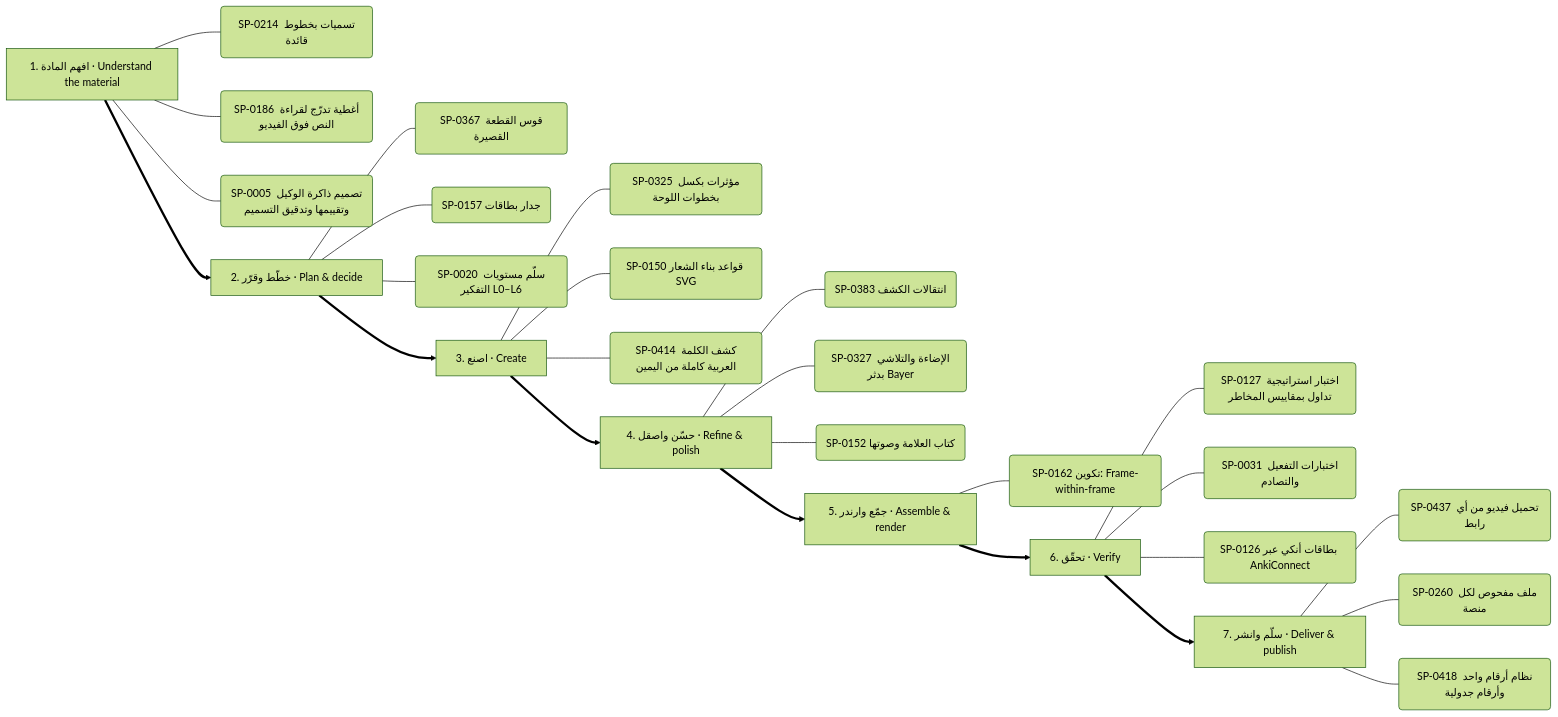
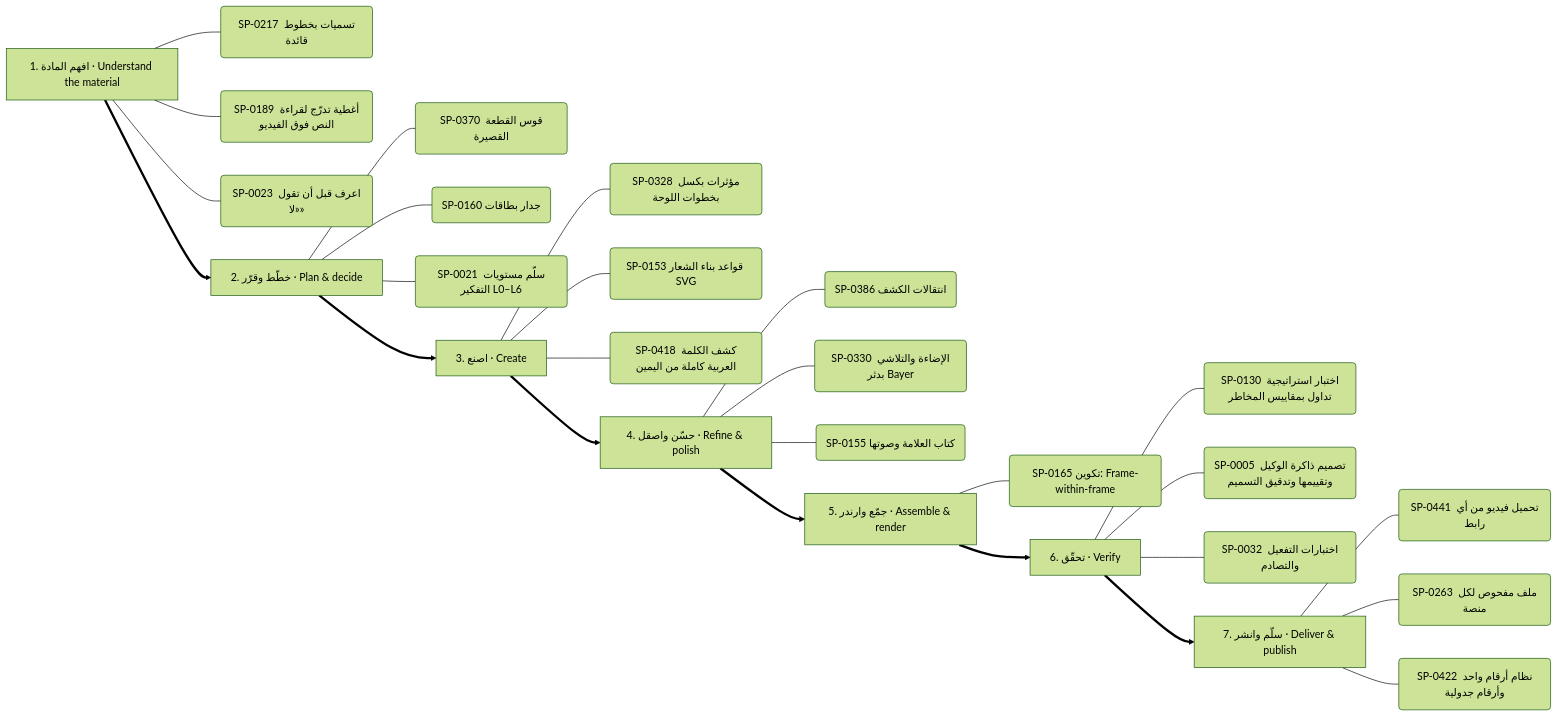
The sixth of 13 diagrams in .claude/skills/kosif-superpowers/references/capability-mindmap.md (kosif199022-jpg/kosif-tool), drawn with Mermaid (forest theme) before and after one commit. The commit also changed other lines of this file and 37 other files, not shown here.

````diff
--- a/.claude/skills/kosif-superpowers/references/capability-mindmap.md
+++ b/.claude/skills/kosif-superpowers/references/capability-mindmap.md
@@ -313,35 +314,35 @@
 ```mermaid
 flowchart LR
   S0["1. افهم المادة · Understand the material"]
-  S0 --- S0_0("SP-0214 تسميات بخطوط قائدة")
-  S0 --- S0_1("SP-0186 أغطية تدرّج لقراءة النص فوق الفيديو")
-  S0 --- S0_2("SP-0005 تصميم ذاكرة الوكيل وتقييمها وتدقيق التسميم")
+  S0 --- S0_0("SP-0217 تسميات بخطوط قائدة")
+  S0 --- S0_1("SP-0189 أغطية تدرّج لقراءة النص فوق الفيديو")
+  S0 --- S0_2("SP-0023 اعرف قبل أن تقول «لا»")
   S1["2. خطّط وقرّر · Plan & decide"]
-  S1 --- S1_0("SP-0367 قوس القطعة القصيرة")
-  S1 --- S1_1("SP-0157 جدار بطاقات")
-  S1 --- S1_2("SP-0020 سلّم مستويات التفكير L0–L6")
+  S1 --- S1_0("SP-0370 قوس القطعة القصيرة")
+  S1 --- S1_1("SP-0160 جدار بطاقات")
+  S1 --- S1_2("SP-0021 سلّم مستويات التفكير L0–L6")
   S0 ==> S1
   S2["3. اصنع · Create"]
-  S2 --- S2_0("SP-0325 مؤثرات بكسل بخطوات اللوحة")
-  S2 --- S2_1("SP-0150 قواعد بناء الشعار SVG")
-  S2 --- S2_2("SP-0414 كشف الكلمة العربية كاملة من اليمين")
+  S2 --- S2_0("SP-0328 مؤثرات بكسل بخطوات اللوحة")
+  S2 --- S2_1("SP-0153 قواعد بناء الشعار SVG")
+  S2 --- S2_2("SP-0418 كشف الكلمة العربية كاملة من اليمين")
   S1 ==> S2
   S3["4. حسّن واصقل · Refine & polish"]
-  S3 --- S3_0("SP-0383 انتقالات الكشف")
-  S3 --- S3_1("SP-0327 الإضاءة والتلاشي بدثر Bayer")
-  S3 --- S3_2("SP-0152 كتاب العلامة وصوتها")
+  S3 --- S3_0("SP-0386 انتقالات الكشف")
+  S3 --- S3_1("SP-0330 الإضاءة والتلاشي بدثر Bayer")
+  S3 --- S3_2("SP-0155 كتاب العلامة وصوتها")
   S2 ==> S3
   S4["5. جمّع وارندر · Assemble & render"]
-  S4 --- S4_0("SP-0162 تكوين: Frame-within-frame")
+  S4 --- S4_0("SP-0165 تكوين: Frame-within-frame")
   S3 ==> S4
   S5["6. تحقّق · Verify"]
-  S5 --- S5_0("SP-0127 اختبار استراتيجية تداول بمقاييس المخاطر")
-  S5 --- S5_1("SP-0031 اختبارات التفعيل والتصادم")
-  S5 --- S5_2("SP-0126 بطاقات أنكي عبر AnkiConnect")
+  S5 --- S5_0("SP-0130 اختبار استراتيجية تداول بمقاييس المخاطر")
+  S5 --- S5_1("SP-0005 تصميم ذاكرة الوكيل وتقييمها وتدقيق التسميم")
+  S5 --- S5_2("SP-0032 اختبارات التفعيل والتصادم")
   S4 ==> S5
   S6["7. سلّم وانشر · Deliver & publish"]
-  S6 --- S6_0("SP-0437 تحميل فيديو من أي رابط")
-  S6 --- S6_1("SP-0260 ملف مفحوص لكل منصة")
-  S6 --- S6_2("SP-0418 نظام أرقام واحد وأرقام جدولية")
+  S6 --- S6_0("SP-0441 تحميل فيديو من أي رابط")
+  S6 --- S6_1("SP-0263 ملف مفحوص لكل منصة")
+  S6 --- S6_2("SP-0422 نظام أرقام واحد وأرقام جدولية")
   S5 ==> S6
 ```
````
